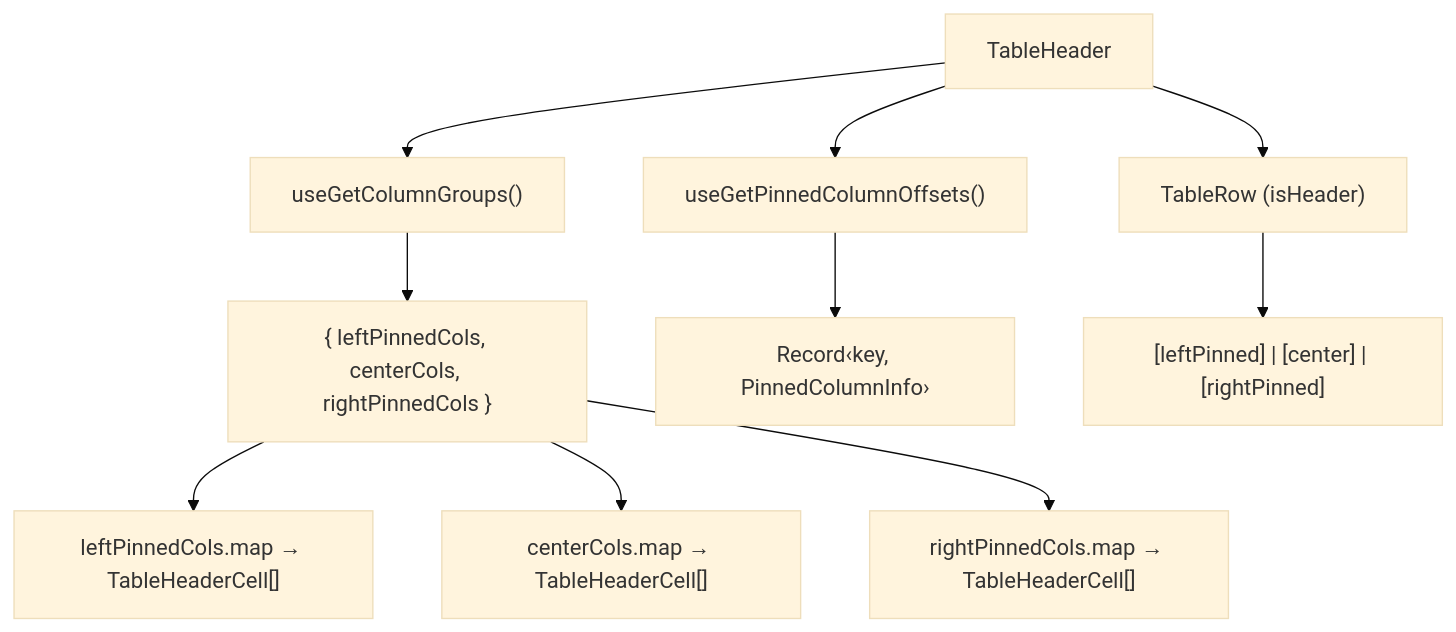
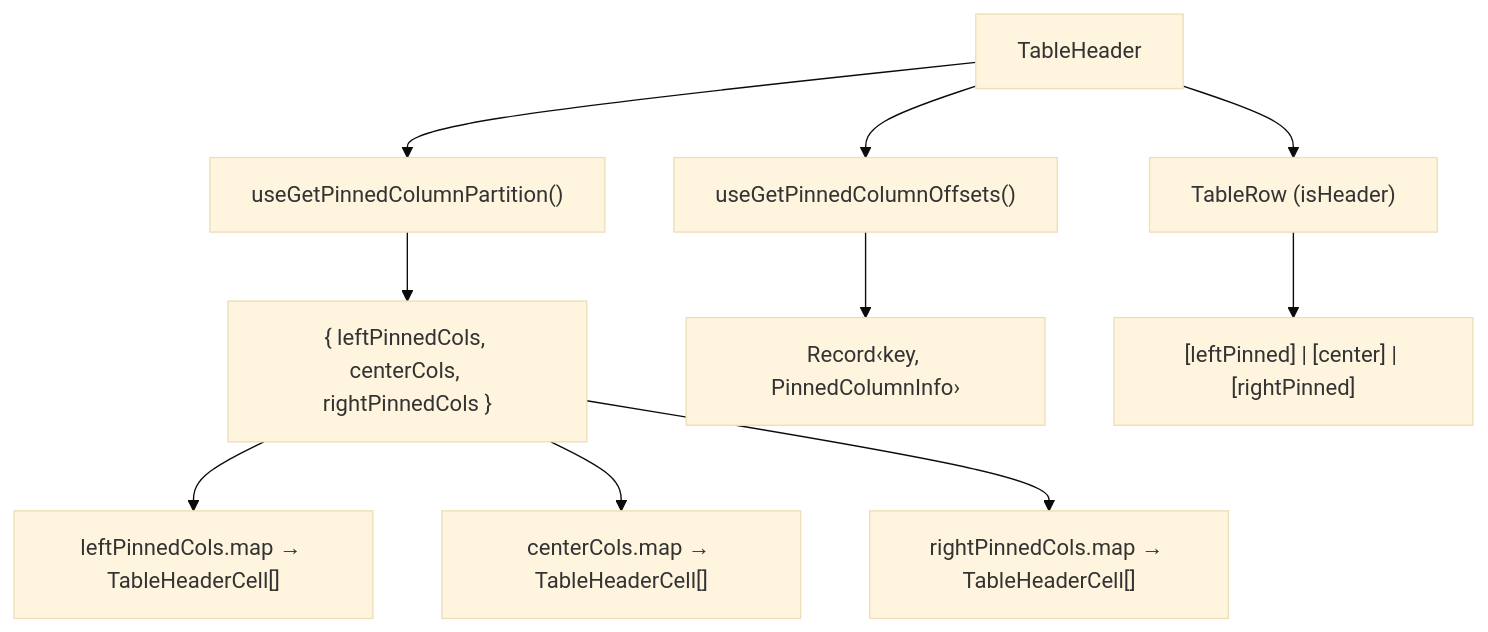
Before and after one commit to luciocabrera/lcabrera-stack: the diagram in packages/ui/src/components/Table/TableHeader/ARCHITECTURE.md, drawn with Mermaid (base theme). The commit also changed other lines of this file and 41 other files, not shown here.

````diff
--- a/packages/ui/src/components/Table/TableHeader/ARCHITECTURE.md
+++ b/packages/ui/src/components/Table/TableHeader/ARCHITECTURE.md
@@ -25,14 +25,14 @@
 ```mermaid
 graph TD
-  TH["TableHeader"] --> CG["useGetColumnGroups()"]
+  TH["TableHeader"] --> CG["useGetPinnedColumnPartition()"]
   TH --> PO["useGetPinnedColumnOffsets()"]
   CG --> groups["{ leftPinnedCols, centerCols, rightPinnedCols }"]
   PO --> offsets["Record‹key, PinnedColumnInfo›"]
 
   groups --> left["leftPinnedCols.map → TableHeaderCell[]"]
   groups --> center["centerCols.map → TableHeaderCell[]"]
   groups --> right["rightPinnedCols.map → TableHeaderCell[]"]
 
   TH --> Row["TableRow (isHeader)"]
   Row --> cells["[leftPinned] | [center] | [rightPinned]"]
 ```
````
